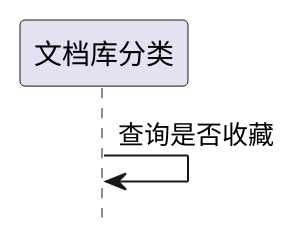
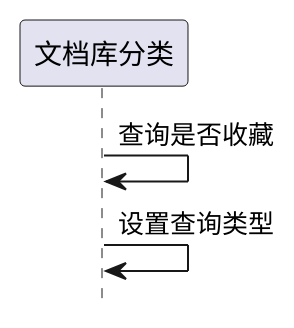
The second of 7 diagrams in ibizpms-docs/src/main/doc/v1/module/ibiz/DocLibModule_old.md (zj335841911/nt_chandao), drawn with PlantUML before and after one commit. The commit also changed other lines of this file and 3 other files, not shown here.

```diff
--- a/ibizpms-docs/src/main/doc/v1/module/ibiz/DocLibModule_old.md
+++ b/ibizpms-docs/src/main/doc/v1/module/ibiz/DocLibModule_old.md
@@ -89,5 +89,6 @@
 {% plantuml %}
 hide footbox
 
 文档库分类 -> 文档库分类: 查询是否收藏
+文档库分类 -> 文档库分类: 设置查询类型
 {% endplantuml %}
```
